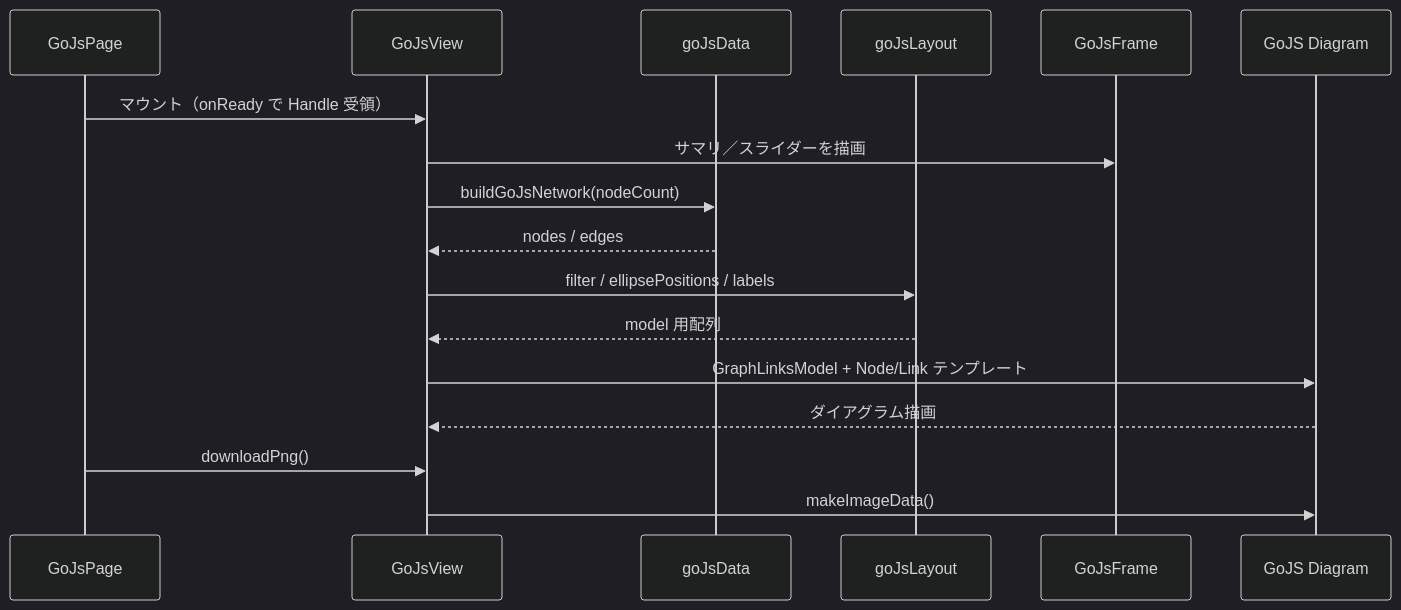
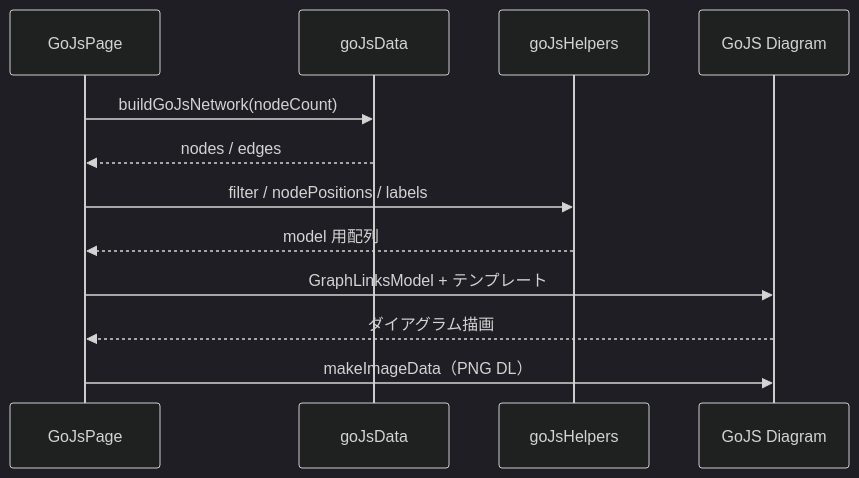
The second of 2 diagrams in docs/component-gojs.md (xpendev/graphtest), drawn with Mermaid (dark theme) before and after one commit. The commit also changed other lines of this file and 33 other files, not shown here.

````diff
--- a/docs/component-gojs.md
+++ b/docs/component-gojs.md
@@ -48,20 +29,15 @@
 ```mermaid
 sequenceDiagram
   participant Page as GoJsPage
-  participant View as GoJsView
   participant Data as goJsData
-  participant Layout as goJsLayout
-  participant Frame as GoJsFrame
+  participant Helpers as goJsHelpers
   participant Go as GoJS Diagram
 
-  Page->>View: マウント（onReady で Handle 受領）
-  View->>Frame: サマリ／スライダーを描画
-  View->>Data: buildGoJsNetwork(nodeCount)
-  Data-->>View: nodes / edges
-  View->>Layout: filter / ellipsePositions / labels
-  Layout-->>View: model 用配列
-  View->>Go: GraphLinksModel + Node/Link テンプレート
-  Go-->>View: ダイアグラム描画
-  Page->>View: downloadPng()
-  View->>Go: makeImageData()
+  Page->>Data: buildGoJsNetwork(nodeCount)
+  Data-->>Page: nodes / edges
+  Page->>Helpers: filter / nodePositions / labels
+  Helpers-->>Page: model 用配列
+  Page->>Go: GraphLinksModel + テンプレート
+  Go-->>Page: ダイアグラム描画
+  Page->>Go: makeImageData（PNG DL）
 ```
````
